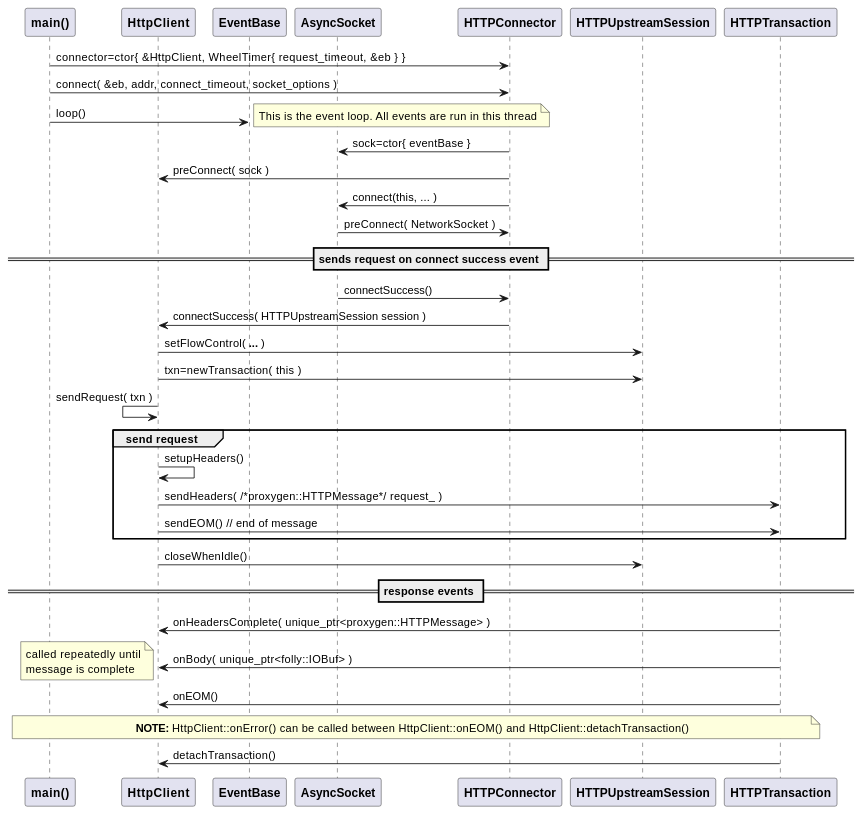
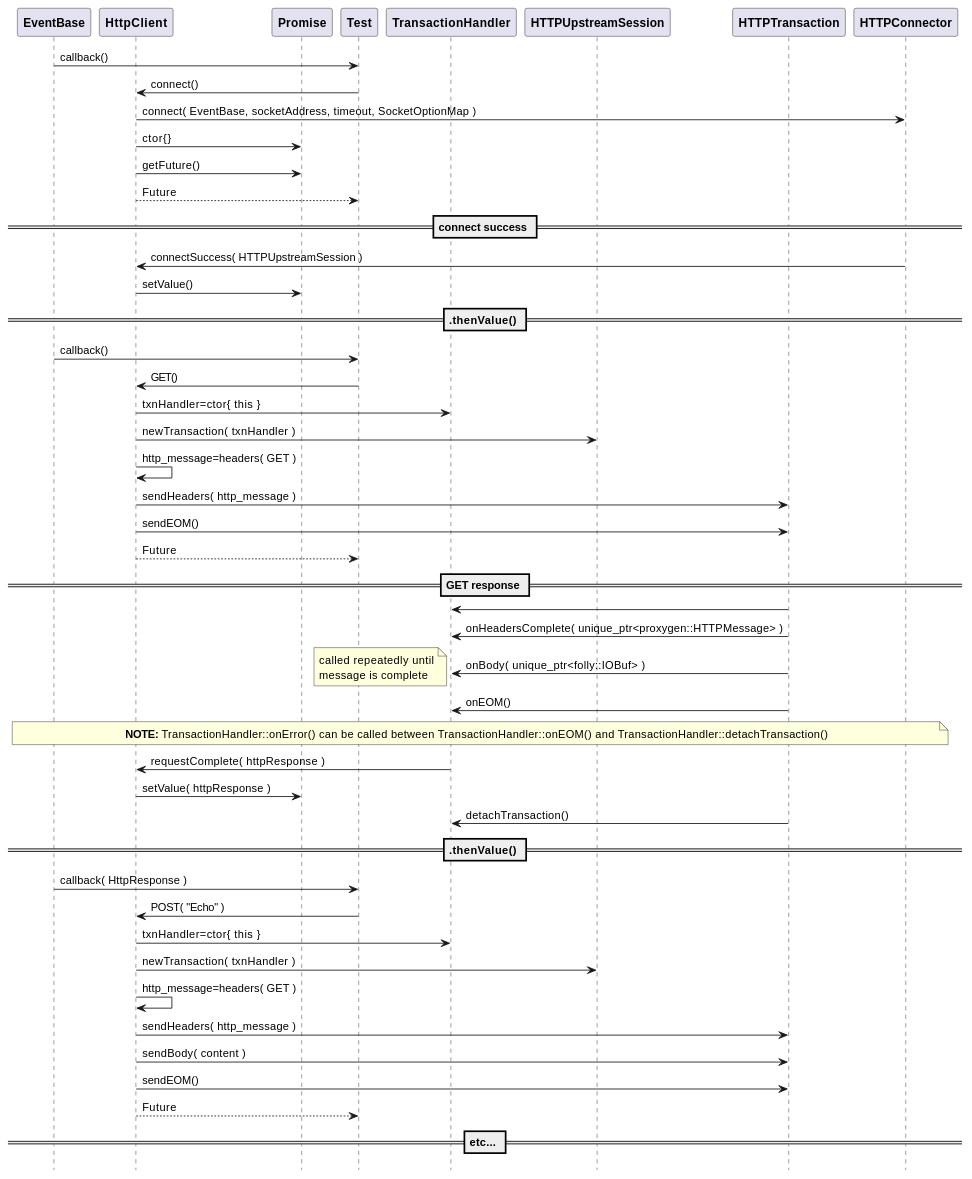
Before and after one commit to patrickhallinan/hello-proxygen: the second of 3 diagrams in doc/test.adoc, drawn with PlantUML. The commit also changed other lines of this file and 3 other files, not shown here.

```diff
--- a/doc/test.adoc
+++ b/doc/test.adoc
@@ -161,58 +55,77 @@
-[plantuml, "http-get.puml", svg]
+[plantuml, "test.puml", svg]
 ----
+hide footbox
 
-participant "**main()**" as main
+participant "**EventBase**" as EventBase
 participant "**HttpClient**" as HttpClient
-participant "**EventBase**" as EventBase
-participant "**AsyncSocket**" as AsyncSocket
-participant "**HTTPConnector**" as HTTPConnector
+participant "**Promise**" as Promise
+participant "**Test**" as test
+participant "**TransactionHandler**" as TransactionHandler
 participant "**HTTPUpstreamSession**" as HTTPUpstreamSession
 participant "**HTTPTransaction**" as HTTPTransaction
+participant "**HTTPConnector**" as HTTPConnector
 
 
-main -> HTTPConnector : connector=ctor{ &HttpClient, WheelTimer{ request_timeout, &eb } }
-main -> HTTPConnector : connect( &eb, addr, connect_timeout, socket_options )
-main -> EventBase : loop()
-note right
-  This is the event loop. All events are run in this thread
-end note
+EventBase -> test : callback()
+test -> HttpClient : connect()
 
-HTTPConnector -> AsyncSocket : sock=ctor{ eventBase }
-HTTPConnector -> HttpClient : preConnect( sock )
-HTTPConnector -> AsyncSocket : connect(this, ... )
-AsyncSocket -> HTTPConnector : preConnect( NetworkSocket )
+HttpClient -> HTTPConnector : connect( EventBase, socketAddress, timeout, SocketOptionMap )
+HttpClient -> Promise : ctor{}
+HttpClient -> Promise : getFuture()
+HttpClient --> test : Future
 
-== sends request on connect success event ==
+== connect success ==
 
-AsyncSocket -> HTTPConnector : connectSuccess()
-HTTPConnector -> HttpClient : connectSuccess( HTTPUpstreamSession session )
+HTTPConnector -> HttpClient : connectSuccess( HTTPUpstreamSession )
+HttpClient -> Promise : setValue()
 
-HttpClient -> HTTPUpstreamSession : setFlowControl( **...** )
-HttpClient -> HTTPUpstreamSession : txn=newTransaction( this )
-HttpClient <- HttpClient : sendRequest( txn )
+== .thenValue() ==
 
-group send request
-    HttpClient -> HttpClient : setupHeaders()
-    HttpClient -> HTTPTransaction : sendHeaders( /*proxygen::HTTPMessage*/ request_ )
-    HttpClient -> HTTPTransaction : sendEOM() // end of message
-end group
+EventBase -> test : callback()
+test -> HttpClient : GET()
+HttpClient -> TransactionHandler : txnHandler=ctor{ this }
+HttpClient -> HTTPUpstreamSession : newTransaction( txnHandler )
+HttpClient -> HttpClient : http_message=headers( GET )
+HttpClient -> HTTPTransaction : sendHeaders( http_message )
+HttpClient -> HTTPTransaction : sendEOM()
 
-HttpClient -> HTTPUpstreamSession : closeWhenIdle()
+HttpClient --> test : Future
 
-== response events ==
+== GET response ==
 
-HTTPTransaction -> HttpClient : onHeadersComplete( unique_ptr<proxygen::HTTPMessage> )
+HTTPTransaction -> TransactionHandler : 
 
-HTTPTransaction -> HttpClient : onBody( unique_ptr<folly::IOBuf> )
+HTTPTransaction -> TransactionHandler : onHeadersComplete( unique_ptr<proxygen::HTTPMessage> )
+
+HTTPTransaction -> TransactionHandler : onBody( unique_ptr<folly::IOBuf> )
 note left
     called repeatedly until
     message is complete
 end note
 
-HTTPTransaction -> HttpClient : onEOM()
+HTTPTransaction -> TransactionHandler : onEOM()
 note across
-    **NOTE:** HttpClient::onError() can be called between HttpClient::onEOM() and HttpClient::detachTransaction()
+    **NOTE:** TransactionHandler::onError() can be called between TransactionHandler::onEOM() and TransactionHandler::detachTransaction()
 end note
 
-HTTPTransaction -> HttpClient : detachTransaction()
+TransactionHandler -> HttpClient : requestComplete( httpResponse )
+HttpClient -> Promise : setValue( httpResponse )
+
+HTTPTransaction -> TransactionHandler : detachTransaction()
+
+== .thenValue() ==
+
+EventBase -> test : callback( HttpResponse )
+
+test -> HttpClient : POST( "Echo" )
+HttpClient -> TransactionHandler : txnHandler=ctor{ this }
+HttpClient -> HTTPUpstreamSession : newTransaction( txnHandler )
+HttpClient -> HttpClient : http_message=headers( GET )
+HttpClient -> HTTPTransaction : sendHeaders( http_message )
+HttpClient -> HTTPTransaction : sendBody( content )
+HttpClient -> HTTPTransaction : sendEOM()
+
+HttpClient --> test : Future
+
+== etc... ==
 ----
```
